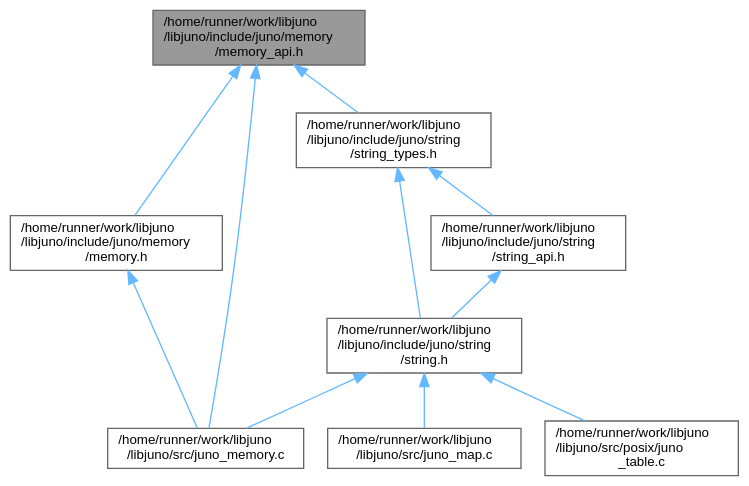
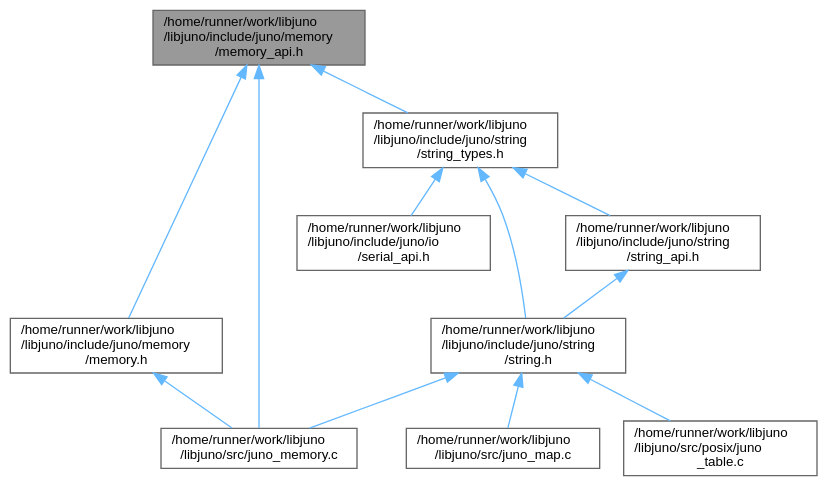
One commit to robinonsay/libjuno changed the diagram in memory__api_8h__dep__incl.dot. Above: the diagram before and after it, drawn with Graphviz. The commit also changed 161 other files, not shown here.

```diff
--- a/memory__api_8h__dep__incl.dot
+++ b/memory__api_8h__dep__incl.dot
@@ -1,25 +1,27 @@
 digraph "/home/runner/work/libjuno/libjuno/include/juno/memory/memory_api.h"
 {
  // LATEX_PDF_SIZE
   bgcolor="transparent";
   edge [fontname=Helvetica,fontsize=10,labelfontname=Helvetica,labelfontsize=10];
   node [fontname=Helvetica,fontsize=10,shape=box,height=0.2,width=0.4];
   Node1 [id="Node000001",label="/home/runner/work/libjuno\l/libjuno/include/juno/memory\l/memory_api.h",height=0.2,width=0.4,color="gray40", fillcolor="grey60", style="filled", fontcolor="black",tooltip=" "];
   Node1 -> Node2 [id="edge1_Node000001_Node000002",dir="back",color="steelblue1",style="solid",tooltip=" "];
   Node2 [id="Node000002",label="/home/runner/work/libjuno\l/libjuno/include/juno/memory\l/memory.h",height=0.2,width=0.4,color="grey40", fillcolor="white", style="filled",URL="$memory_8h.html",tooltip=" "];
   Node2 -> Node3 [id="edge2_Node000002_Node000003",dir="back",color="steelblue1",style="solid",tooltip=" "];
   Node3 [id="Node000003",label="/home/runner/work/libjuno\l/libjuno/src/juno_memory.c",height=0.2,width=0.4,color="grey40", fillcolor="white", style="filled",URL="$juno__memory_8c.html",tooltip=" "];
   Node1 -> Node4 [id="edge3_Node000001_Node000004",dir="back",color="steelblue1",style="solid",tooltip=" "];
   Node4 [id="Node000004",label="/home/runner/work/libjuno\l/libjuno/include/juno/string\l/string_types.h",height=0.2,width=0.4,color="grey40", fillcolor="white", style="filled",URL="$string__types_8h.html",tooltip=" "];
   Node4 -> Node5 [id="edge4_Node000004_Node000005",dir="back",color="steelblue1",style="solid",tooltip=" "];
-  Node5 [id="Node000005",label="/home/runner/work/libjuno\l/libjuno/include/juno/string\l/string.h",height=0.2,width=0.4,color="grey40", fillcolor="white", style="filled",URL="$string_8h.html",tooltip=" "];
-  Node5 -> Node6 [id="edge5_Node000005_Node000006",dir="back",color="steelblue1",style="solid",tooltip=" "];
-  Node6 [id="Node000006",label="/home/runner/work/libjuno\l/libjuno/src/juno_map.c",height=0.2,width=0.4,color="grey40", fillcolor="white", style="filled",URL="$juno__map_8c.html",tooltip=" "];
-  Node5 -> Node3 [id="edge6_Node000005_Node000003",dir="back",color="steelblue1",style="solid",tooltip=" "];
-  Node5 -> Node7 [id="edge7_Node000005_Node000007",dir="back",color="steelblue1",style="solid",tooltip=" "];
-  Node7 [id="Node000007",label="/home/runner/work/libjuno\l/libjuno/src/posix/juno\l_table.c",height=0.2,width=0.4,color="grey40", fillcolor="white", style="filled",URL="$juno__table_8c.html",tooltip=" "];
-  Node4 -> Node8 [id="edge8_Node000004_Node000008",dir="back",color="steelblue1",style="solid",tooltip=" "];
-  Node8 [id="Node000008",label="/home/runner/work/libjuno\l/libjuno/include/juno/string\l/string_api.h",height=0.2,width=0.4,color="grey40", fillcolor="white", style="filled",URL="$string__api_8h.html",tooltip=" "];
-  Node8 -> Node5 [id="edge9_Node000008_Node000005",dir="back",color="steelblue1",style="solid",tooltip=" "];
-  Node1 -> Node3 [id="edge10_Node000001_Node000003",dir="back",color="steelblue1",style="solid",tooltip=" "];
+  Node5 [id="Node000005",label="/home/runner/work/libjuno\l/libjuno/include/juno/io\l/serial_api.h",height=0.2,width=0.4,color="grey40", fillcolor="white", style="filled",URL="$serial__api_8h.html",tooltip=" "];
+  Node4 -> Node6 [id="edge5_Node000004_Node000006",dir="back",color="steelblue1",style="solid",tooltip=" "];
+  Node6 [id="Node000006",label="/home/runner/work/libjuno\l/libjuno/include/juno/string\l/string.h",height=0.2,width=0.4,color="grey40", fillcolor="white", style="filled",URL="$string_8h.html",tooltip=" "];
+  Node6 -> Node7 [id="edge6_Node000006_Node000007",dir="back",color="steelblue1",style="solid",tooltip=" "];
+  Node7 [id="Node000007",label="/home/runner/work/libjuno\l/libjuno/src/juno_map.c",height=0.2,width=0.4,color="grey40", fillcolor="white", style="filled",URL="$juno__map_8c.html",tooltip=" "];
+  Node6 -> Node3 [id="edge7_Node000006_Node000003",dir="back",color="steelblue1",style="solid",tooltip=" "];
+  Node6 -> Node8 [id="edge8_Node000006_Node000008",dir="back",color="steelblue1",style="solid",tooltip=" "];
+  Node8 [id="Node000008",label="/home/runner/work/libjuno\l/libjuno/src/posix/juno\l_table.c",height=0.2,width=0.4,color="grey40", fillcolor="white", style="filled",URL="$juno__table_8c.html",tooltip=" "];
+  Node4 -> Node9 [id="edge9_Node000004_Node000009",dir="back",color="steelblue1",style="solid",tooltip=" "];
+  Node9 [id="Node000009",label="/home/runner/work/libjuno\l/libjuno/include/juno/string\l/string_api.h",height=0.2,width=0.4,color="grey40", fillcolor="white", style="filled",URL="$string__api_8h.html",tooltip=" "];
+  Node9 -> Node6 [id="edge10_Node000009_Node000006",dir="back",color="steelblue1",style="solid",tooltip=" "];
+  Node1 -> Node3 [id="edge11_Node000001_Node000003",dir="back",color="steelblue1",style="solid",tooltip=" "];
 }
```
